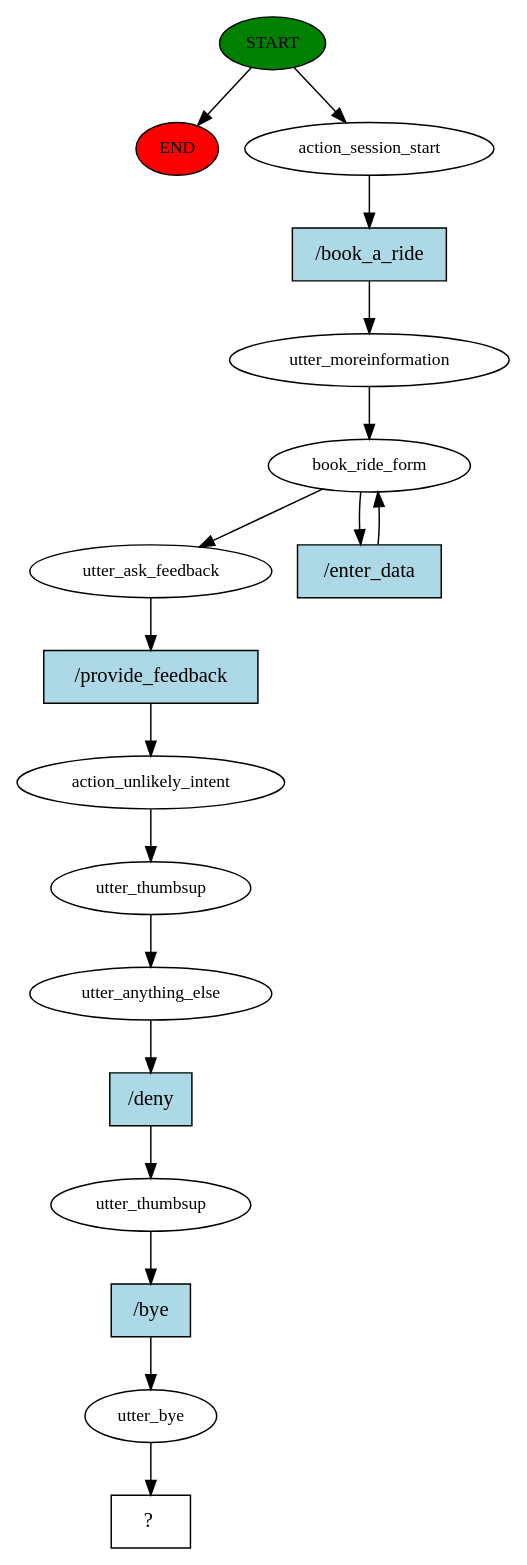
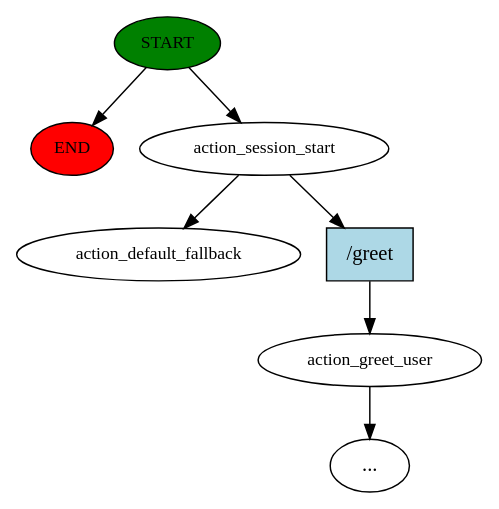
One commit to yuh2150/RASA_CHAT changed the diagram in story_graph.dot. Above: the diagram before and after it, drawn with Graphviz. The commit also changed 17 other files, not shown here.

```diff
--- a/story_graph.dot
+++ b/story_graph.dot
@@ -1,36 +1,15 @@
 digraph  {
 0 [class="start active", fillcolor=green, fontsize=12, label=START, style=filled];
 "-1" [class=end, fillcolor=red, fontsize=12, label=END, style=filled];
 1 [class=active, fontsize=12, label=action_session_start];
-2 [class=active, fontsize=12, label=utter_moreinformation];
-3 [class=active, fontsize=12, label=book_ride_form];
-9 [class=active, fontsize=12, label=utter_ask_feedback];
-10 [class=active, fontsize=12, label=action_unlikely_intent];
-11 [class=active, fontsize=12, label=utter_thumbsup];
-12 [class=active, fontsize=12, label=utter_anything_else];
-13 [class=active, fontsize=12, label=utter_thumbsup];
-14 [class=active, fontsize=12, label=utter_bye];
-15 [class="intent dashed active", label="  ?  ", shape=rect];
-16 [class="intent active", fillcolor=lightblue, label="/book_a_ride", shape=rect, style=filled];
-17 [class="intent active", fillcolor=lightblue, label="/enter_data", shape=rect, style=filled];
-18 [class="intent active", fillcolor=lightblue, label="/provide_feedback", shape=rect, style=filled];
-19 [class="intent active", fillcolor=lightblue, label="/deny", shape=rect, style=filled];
-20 [class="intent active", fillcolor=lightblue, label="/bye", shape=rect, style=filled];
+2 [class="", fontsize=12, label=action_greet_user];
+"-3" [class=ellipsis, label="..."];
+4 [class="dashed active", fontsize=12, label=action_default_fallback];
+5 [class=intent, fillcolor=lightblue, label="/greet", shape=rect, style=filled];
 0 -> "-1"  [class="", key=NONE, label=""];
 0 -> 1  [class=active, key=NONE, label=""];
-1 -> 16  [class=active, key=0];
-2 -> 3  [class=active, key=NONE, label=""];
-3 -> 9  [class=active, key=NONE, label=""];
-3 -> 17  [class=active, key=0];
-9 -> 18  [class=active, key=0];
-10 -> 11  [class=active, key=NONE, label=""];
-11 -> 12  [class=active, key=NONE, label=""];
-12 -> 19  [class=active, key=0];
-13 -> 20  [class=active, key=0];
-14 -> 15  [class=active, key=NONE, label=""];
-16 -> 2  [class=active, key=0];
-17 -> 3  [class=active, key=0];
-18 -> 10  [class=active, key=0];
-19 -> 13  [class=active, key=0];
-20 -> 14  [class=active, key=0];
+1 -> 4  [class=active, key=NONE, label=""];
+1 -> 5  [class="", key=0];
+2 -> "-3"  [class="", key=NONE, label=""];
+5 -> 2  [class="", key=0];
 }
```
